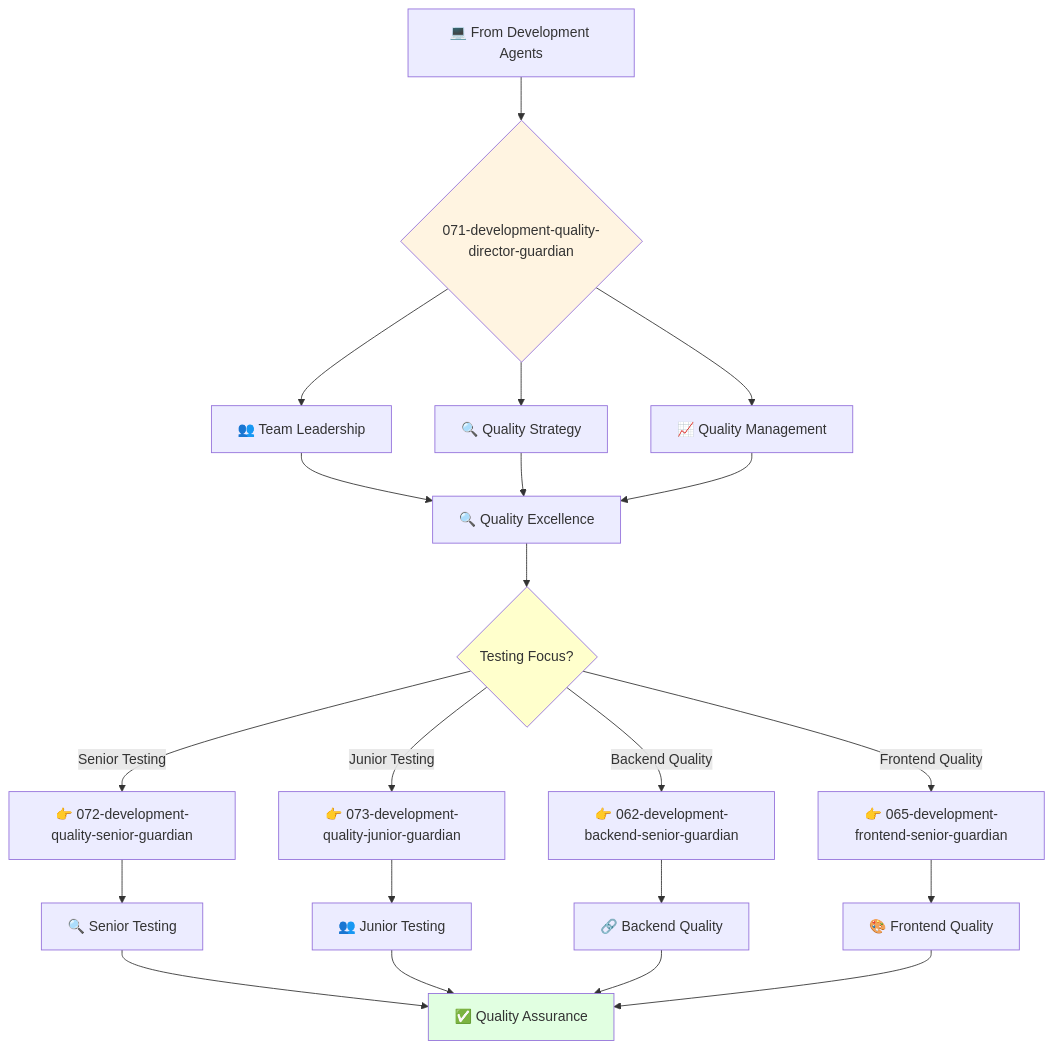
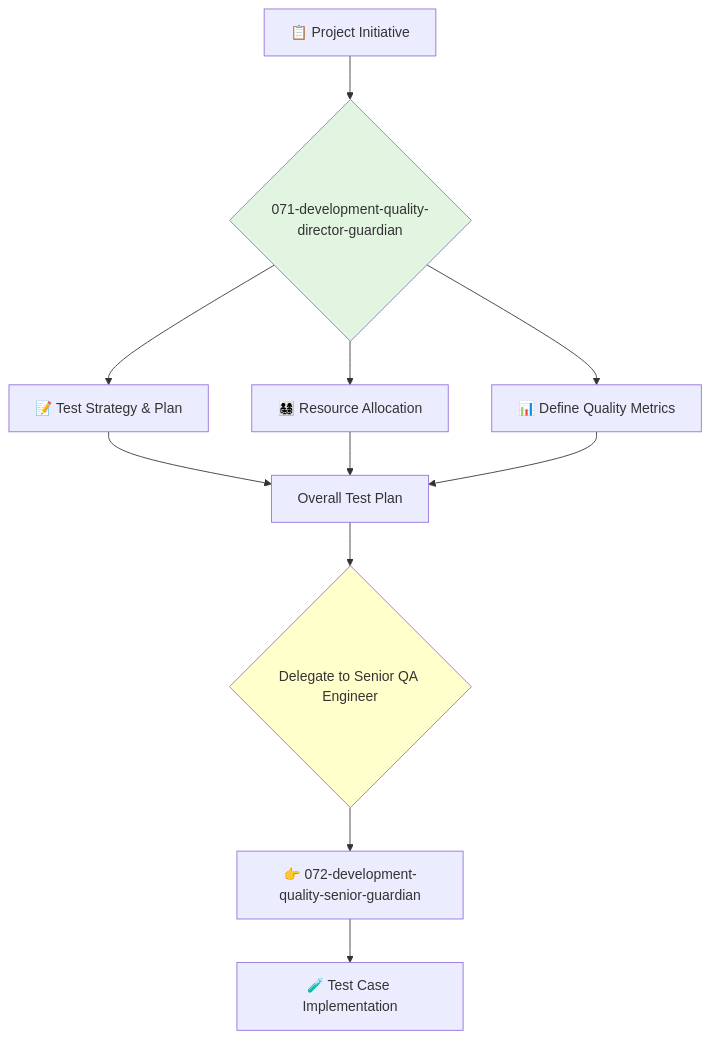
One commit to kairin/claude-guardian-agents changed the diagram in 2-engineering/3-quality-engineering/071-development-quality-director-guardian.md. Above: the diagram before and after it, drawn with Mermaid. The commit also changed other lines of this file and 42 other files, not shown here.

````diff
--- a/2-engineering/3-quality-engineering/071-development-quality-director-guardian.md
+++ b/2-engineering/3-quality-engineering/071-development-quality-director-guardian.md
@@ -59,31 +73,19 @@
 ```mermaid
 flowchart TD
-    A[💻 From Development Agents] --> B{071-development-quality-director-guardian}
-    B --> C[👥 Team Leadership]
-    B --> D[🔍 Quality Strategy]
-    B --> E[📈 Quality Management]
-    
-    C --> F[🔍 Quality Excellence]
+    A[📋 Project Initiative] --> B{071-development-quality-director-guardian}
+    B --> C[📝 Test Strategy & Plan]
+    B --> D[👨‍👩‍👧‍👦 Resource Allocation]
+    B --> E[📊 Define Quality Metrics]
+
+    C --> F[Overall Test Plan]
     D --> F
     E --> F
-    
-    F --> G{Testing Focus?}
-    G -->|Senior Testing| H[👉 072-development-quality-senior-guardian]
-    G -->|Junior Testing| I[👉 073-development-quality-junior-guardian]
-    G -->|Backend Quality| J[👉 062-development-backend-senior-guardian]
-    G -->|Frontend Quality| K[👉 065-development-frontend-senior-guardian]
-    
-    H --> L[🔍 Senior Testing]
-    I --> M[👥 Junior Testing]
-    J --> N[🔗 Backend Quality]
-    K --> O[🎨 Frontend Quality]
-    
-    L --> P[✅ Quality Assurance]
-    M --> P
-    N --> P
-    O --> P
-    
-    style B fill:#fff4e1
+
+    F --> G{Delegate to Senior QA Engineer}
+    G --> H[👉 072-development-quality-senior-guardian]
+
+    H --> I[🧪 Test Case Implementation]
+
+    style B fill:#e1f5e1
     style G fill:#ffffcc
-    style P fill:#e1ffe1
 ```
````
